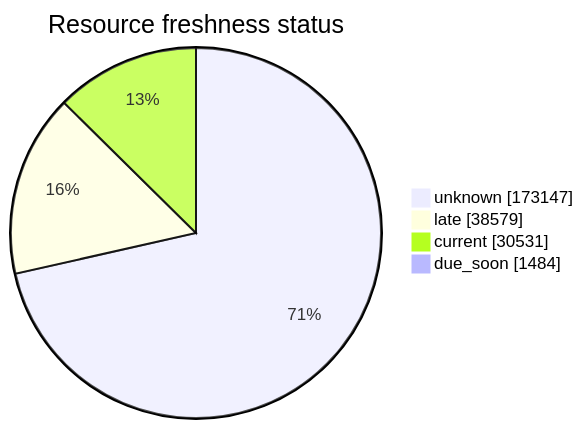
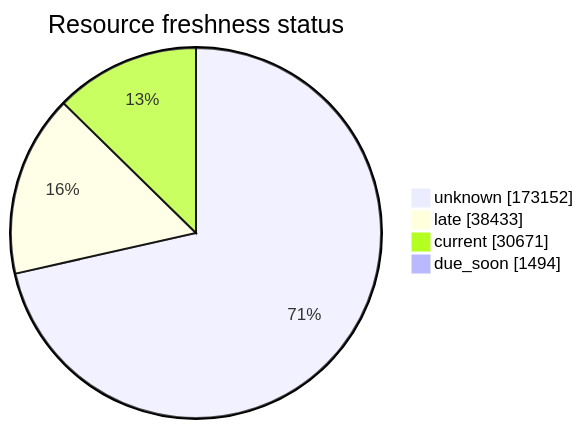
Before and after one commit to open-data/analytics-corporate-reporting: the third of 5 diagrams in FreshCheck/README.md, drawn with Mermaid. The commit also changed other lines of this file and 3 other files, not shown here.

````diff
--- a/FreshCheck/README.md
+++ b/FreshCheck/README.md
@@ -77,7 +77,7 @@
 ```mermaid
 pie showData title Resource freshness status
-    "unknown": 173147
-    "late": 38579
-    "current": 30531
-    "due_soon": 1484
+    "unknown": 173152
+    "late": 38433
+    "current": 30671
+    "due_soon": 1494
 ```
````
